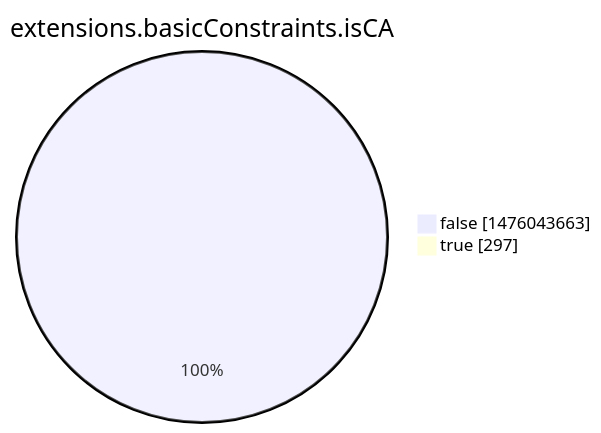
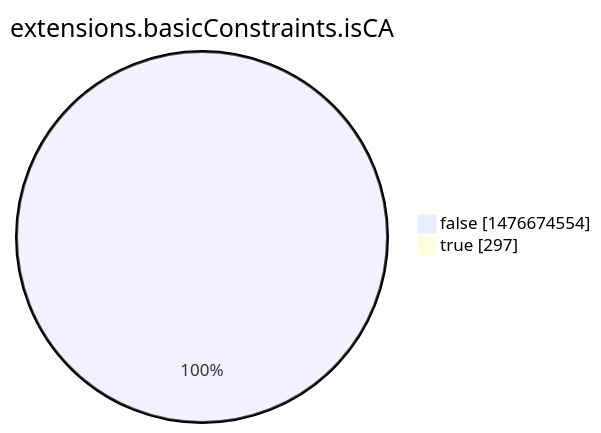
One commit to christiankrug/ctmonitor_visualization changed the eighth of 15 diagrams in argon2022/README.md. Above: the diagram before and after it, drawn with Mermaid. The commit also changed other lines of this file, not shown here.

````diff
--- a/argon2022/README.md
+++ b/argon2022/README.md
@@ -2760,6 +2760,6 @@
 ```mermaid
 pie showData
 title extensions.basicConstraints.isCA
-"false" :1476043663
+"false" :1476674554
 "true" :297
 ```
````
